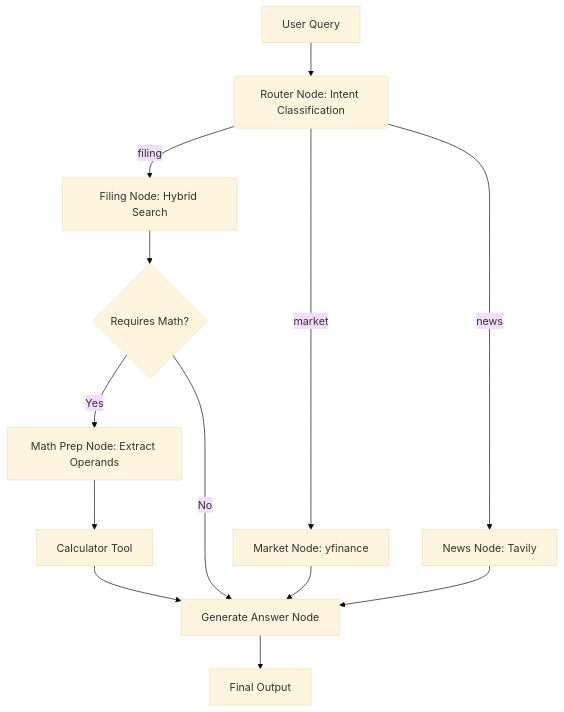
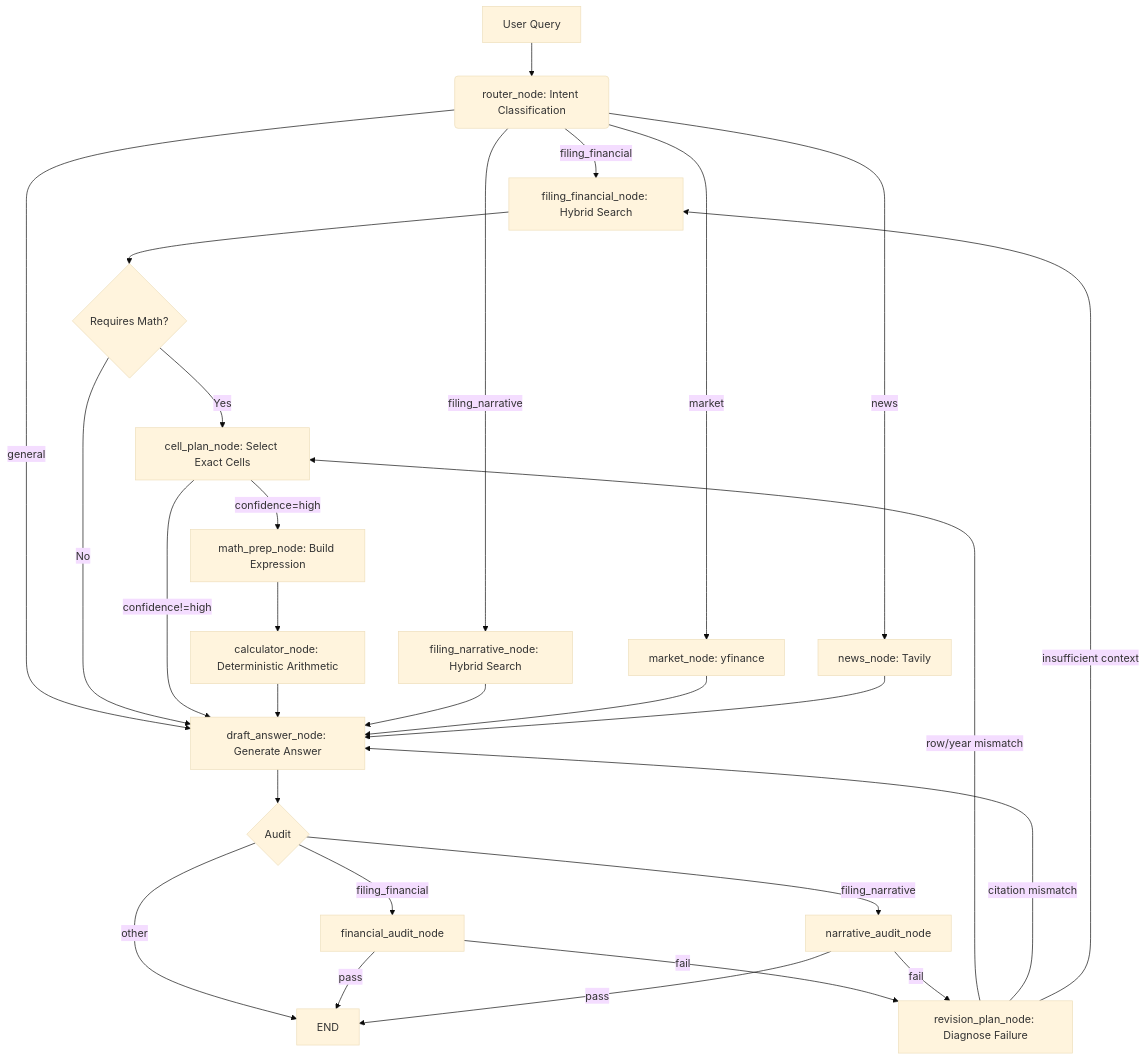
Before and after one commit to denis7-jean/Financial-Analyst-Agent-RAG-LangGraph: the diagram in README.md, drawn with Mermaid (base theme). The commit also changed other lines of this file and 8 other files, not shown here.

Commit message:
feat: update retrieval, graph logic and ingestion pipeline

````diff
--- a/README.md
+++ b/README.md
@@ -48,14 +67,38 @@
 ```mermaid
 graph TD
-    A[User Query] --> B(Router Node: Intent Classification)
-    B -- "filing" --> C[Filing Node: Hybrid Search]
-    B -- "market" --> D[Market Node: yfinance]
-    B -- "news" --> E[News Node: Tavily]
-    C --> F{Requires Math?}
-    F -- "Yes" --> G[Math Prep Node: Extract Operands]
-    G --> H[Calculator Tool]
-    F -- "No" --> I
-    D & E & H --> I[Generate Answer Node]
-    I --> J[Final Output]
+    A[User Query] --> B(router_node: Intent Classification)
 
+    B -- "filing_financial" --> C[filing_financial_node: Hybrid Search]
+    B -- "filing_narrative" --> D[filing_narrative_node: Hybrid Search]
+    B -- "market" --> E[market_node: yfinance]
+    B -- "news" --> F[news_node: Tavily]
+    B -- "general" --> K
+
+    C --> G{Requires Math?}
+    G -- "Yes" --> H[cell_plan_node: Select Exact Cells]
+    G -- "No" --> K
+
+    H -- "confidence=high" --> I[math_prep_node: Build Expression]
+    H -- "confidence!=high" --> K
+
+    I --> J[calculator_node: Deterministic Arithmetic]
+    J --> K[draft_answer_node: Generate Answer]
+
+    D --> K
+    E --> K
+    F --> K
+
+    K --> L{Audit}
+    L -- "filing_financial" --> M[financial_audit_node]
+    L -- "filing_narrative" --> N[narrative_audit_node]
+    L -- "other" --> O[END]
+
+    M -- "pass" --> O
+    M -- "fail" --> P[revision_plan_node: Diagnose Failure]
+    N -- "pass" --> O
+    N -- "fail" --> P
+
+    P -- "row/year mismatch" --> H
+    P -- "citation mismatch" --> K
+    P -- "insufficient context" --> C
 ```
````
